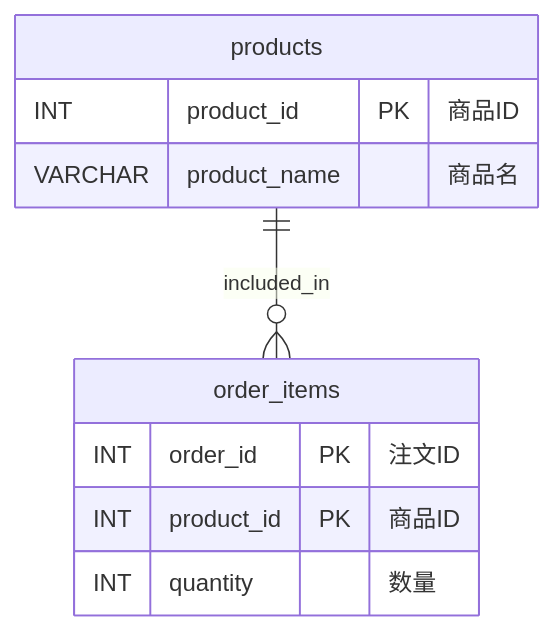
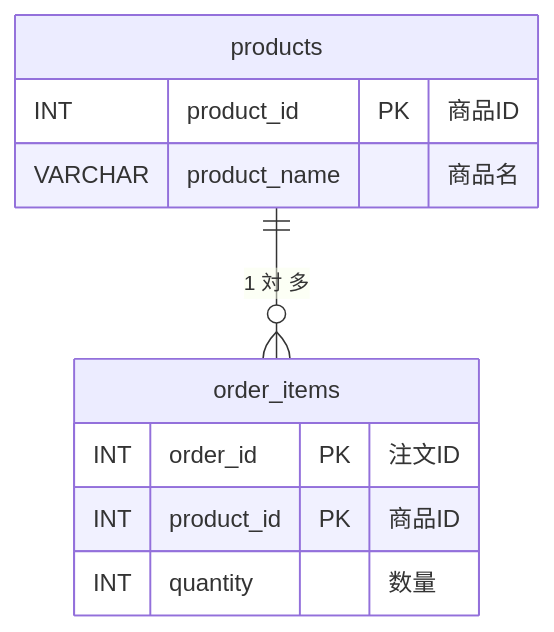
The second of 5 diagrams in 05_database/01/docs/normalization.md (tanaka-yui/learning), drawn with Mermaid before and after one commit. The commit also changed other lines of this file, not shown here.

Commit message:
docs(database): add cardinality labels to ER diagrams in normalization.md

````diff
--- a/05_database/01/docs/normalization.md
+++ b/05_database/01/docs/normalization.md
@@ -192,14 +192,14 @@
 ```mermaid
 erDiagram
-    products ||--o{ order_items : "included_in"
+    products ||--o{ order_items : "1 対 多"
 
     products {
         INT product_id PK "商品ID"
         VARCHAR product_name "商品名"
     }
     order_items {
         INT order_id PK "注文ID"
         INT product_id PK "商品ID"
         INT quantity "数量"
     }
 ```
````
